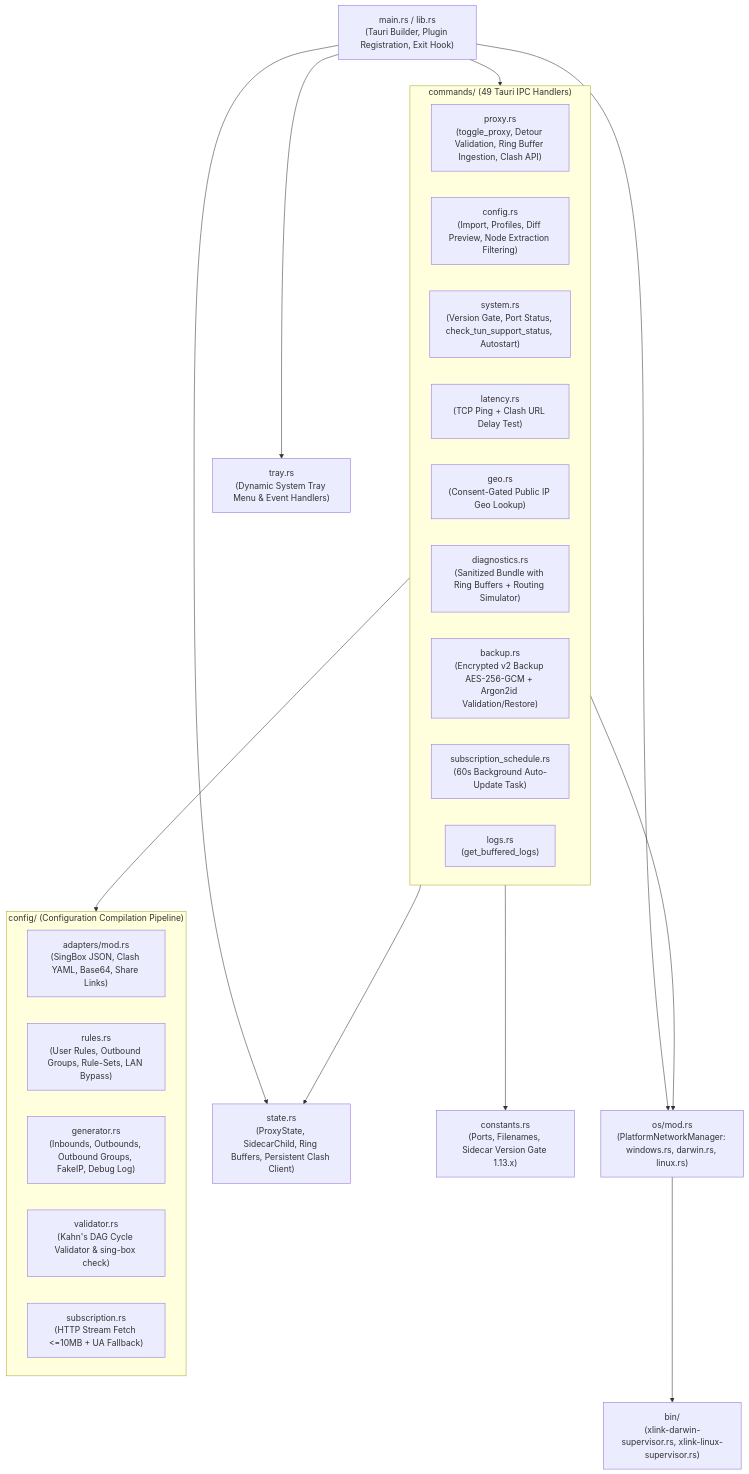
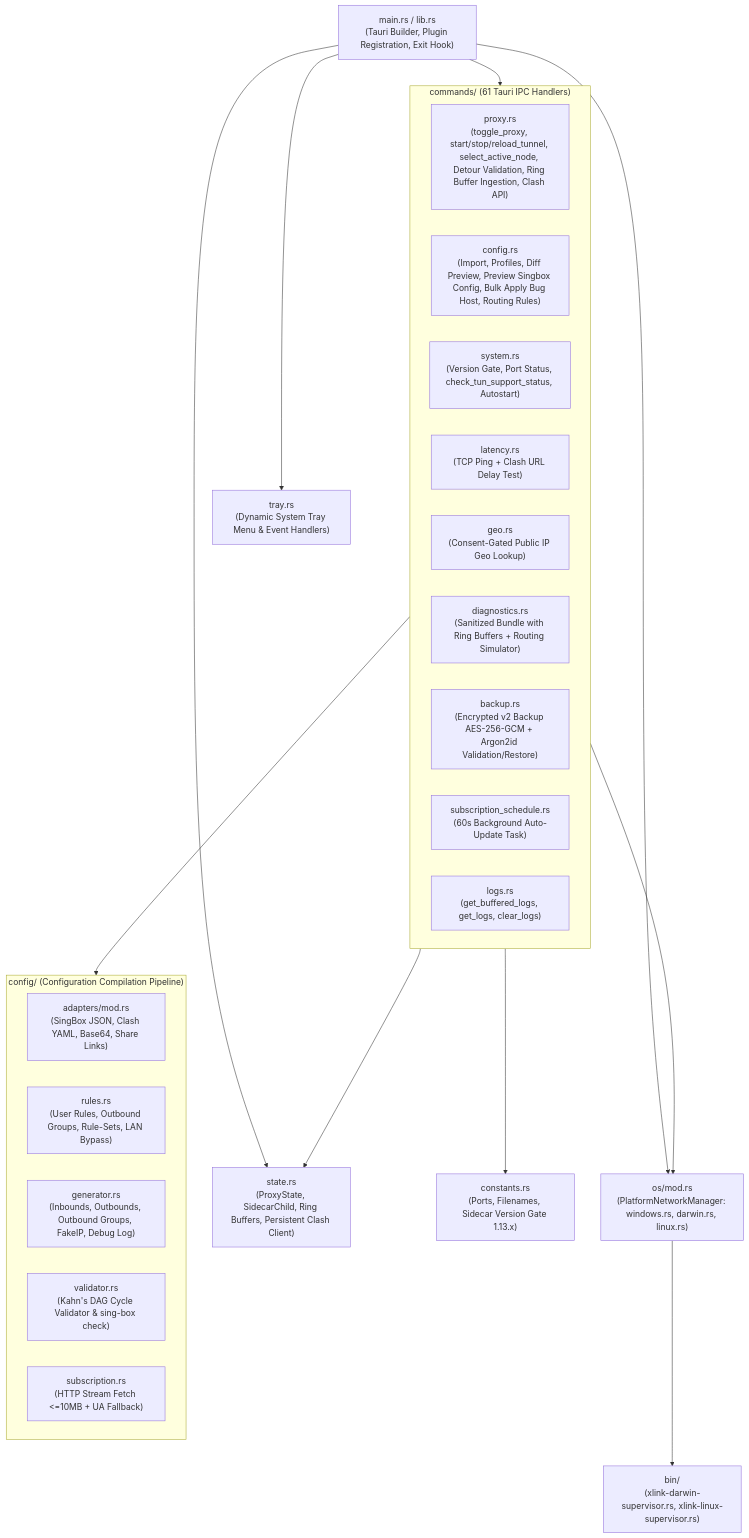
One commit to Isuruzenith/X-Link changed the diagram in docs/05-Rust-Backend-Architecture.md. Above: the diagram before and after it, drawn with Mermaid. The commit also changed 12 other files, not shown here.

First line of the commit message:
docs: update architecture vault for v0.9.0 and scope CI triggers

````diff
--- a/docs/05-Rust-Backend-Architecture.md
+++ b/docs/05-Rust-Backend-Architecture.md
@@ -21,33 +21,33 @@
 ```mermaid
 flowchart TB
     Main["main.rs / lib.rs\n(Tauri Builder, Plugin Registration, Exit Hook)"]
     State["state.rs\n(ProxyState, SidecarChild, Ring Buffers, Persistent Clash Client)"]
     Constants["constants.rs\n(Ports, Filenames, Sidecar Version Gate 1.13.x)"]
     Tray["tray.rs\n(Dynamic System Tray Menu & Event Handlers)"]
     OS["os/mod.rs\n(PlatformNetworkManager: windows.rs, darwin.rs, linux.rs)"]
     Supervisors["bin/\n(xlink-darwin-supervisor.rs, xlink-linux-supervisor.rs)"]
 
     subgraph ConfigEngine["config/ (Configuration Compilation Pipeline)"]
         Adapters["adapters/mod.rs\n(SingBox JSON, Clash YAML, Base64, Share Links)"]
         Rules["rules.rs\n(User Rules, Outbound Groups, Rule-Sets, LAN Bypass)"]
         Generator["generator.rs\n(Inbounds, Outbounds, Outbound Groups, FakeIP, Debug Log)"]
         Validator["validator.rs\n(Kahn's DAG Cycle Validator & sing-box check)"]
         Sub["subscription.rs\n(HTTP Stream Fetch <=10MB + UA Fallback)"]
     end
 
-    subgraph Commands["commands/ (49 Tauri IPC Handlers)"]
-        CProxy["proxy.rs\n(toggle_proxy, Detour Validation, Ring Buffer Ingestion, Clash API)"]
-        CConfig["config.rs\n(Import, Profiles, Diff Preview, Node Extraction Filtering)"]
+    subgraph Commands["commands/ (61 Tauri IPC Handlers)"]
+        CProxy["proxy.rs\n(toggle_proxy, start/stop/reload_tunnel, select_active_node, Detour Validation, Ring Buffer Ingestion, Clash API)"]
+        CConfig["config.rs\n(Import, Profiles, Diff Preview, Preview Singbox Config, Bulk Apply Bug Host, Routing Rules)"]
         CSystem["system.rs\n(Version Gate, Port Status, check_tun_support_status, Autostart)"]
         CLatency["latency.rs\n(TCP Ping + Clash URL Delay Test)"]
         CGeo["geo.rs\n(Consent-Gated Public IP Geo Lookup)"]
         CDiag["diagnostics.rs\n(Sanitized Bundle with Ring Buffers + Routing Simulator)"]
         CBackup["backup.rs\n(Encrypted v2 Backup AES-256-GCM + Argon2id Validation/Restore)"]
         CSched["subscription_schedule.rs\n(60s Background Auto-Update Task)"]
-        CLogs["logs.rs\n(get_buffered_logs)"]
+        CLogs["logs.rs\n(get_buffered_logs, get_logs, clear_logs)"]
     end
 
     Main --> State & Tray & OS & Commands
     OS --> Supervisors
     Commands --> ConfigEngine & State & OS & Constants
 ```
````
